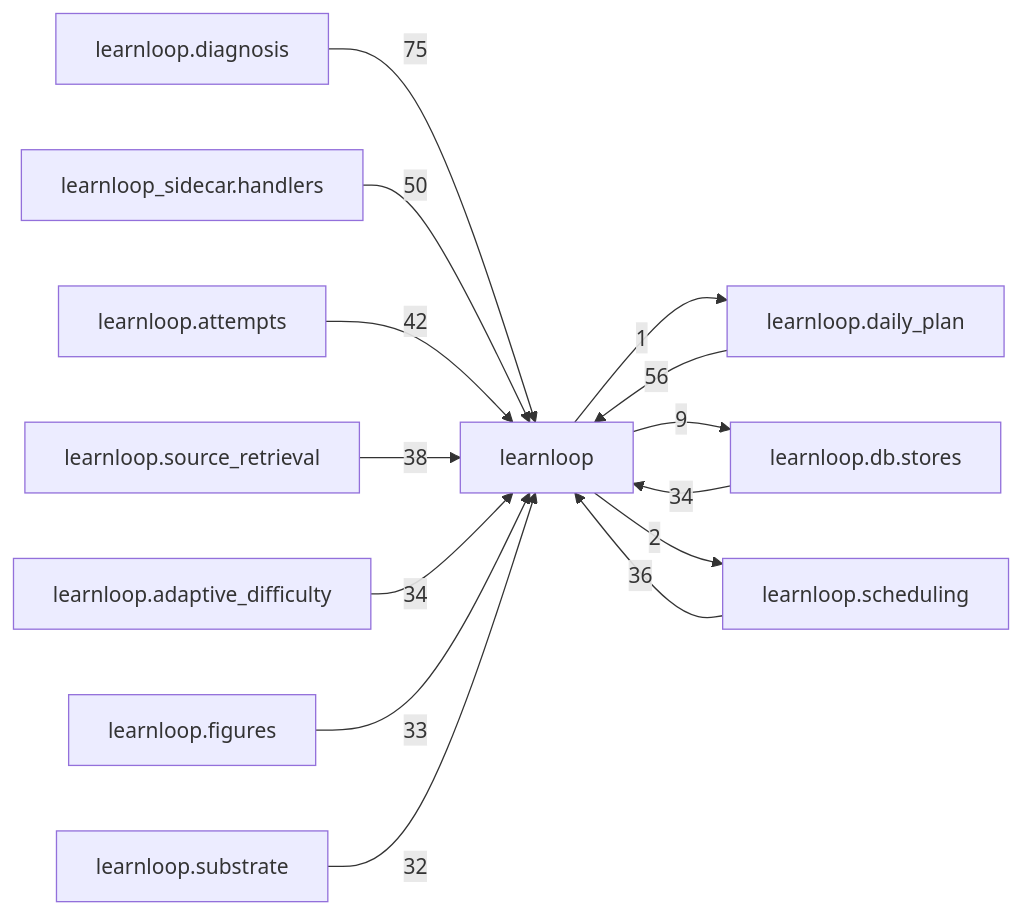
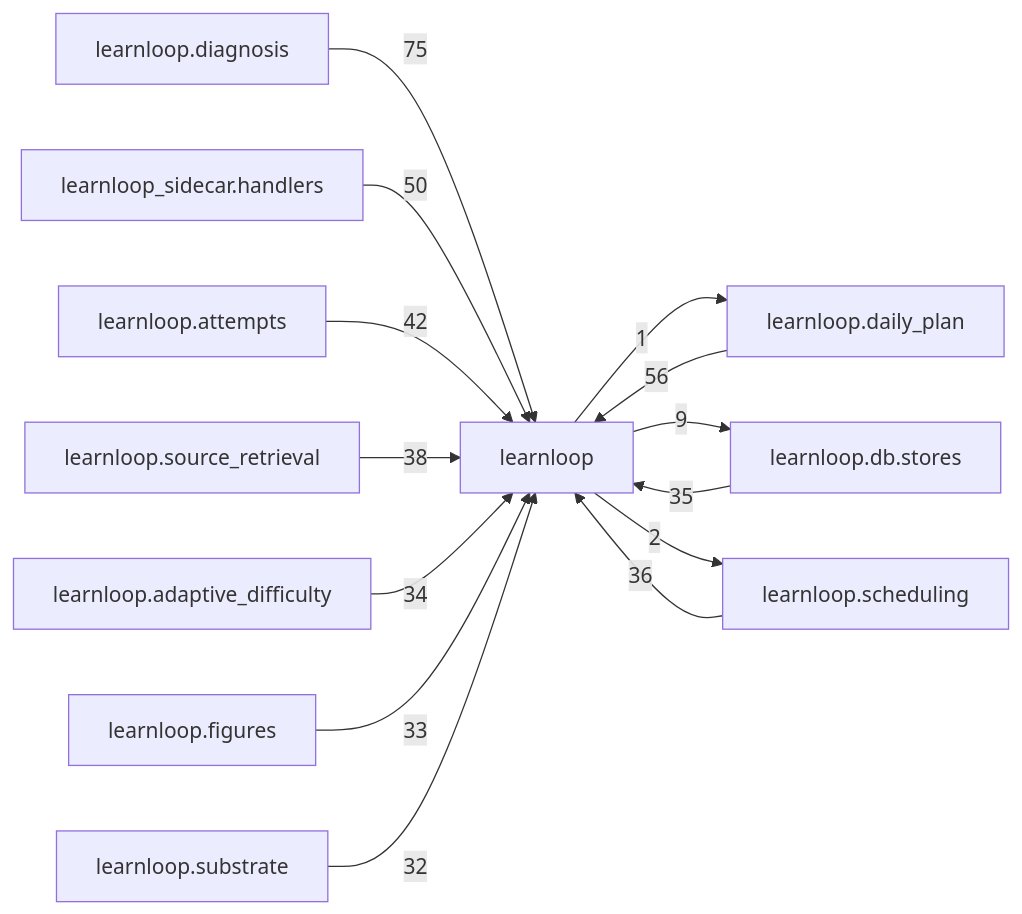
Before and after one commit to 6up-b/learnanything: the diagram in docs/learnloop-architecture-vault/Reference/Modules/learnloop/_package.md, drawn with Mermaid. The commit also changed other lines of this file and 42 other files, not shown here.

````diff
--- a/docs/learnloop-architecture-vault/Reference/Modules/learnloop/_package.md
+++ b/docs/learnloop-architecture-vault/Reference/Modules/learnloop/_package.md
@@ -259,27 +259,27 @@
 ```mermaid
 flowchart LR
     center["learnloop"]
     n_learnloop_diagnosis["learnloop.diagnosis"]
     n_learnloop_daily_plan["learnloop.daily_plan"]
     n_learnloop_sidecar_handlers["learnloop_sidecar.handlers"]
     n_learnloop_db_stores["learnloop.db.stores"]
     n_learnloop_attempts["learnloop.attempts"]
     n_learnloop_scheduling["learnloop.scheduling"]
     n_learnloop_source_retrieval["learnloop.source_retrieval"]
     n_learnloop_adaptive_difficulty["learnloop.adaptive_difficulty"]
     n_learnloop_figures["learnloop.figures"]
     n_learnloop_substrate["learnloop.substrate"]
     n_learnloop_diagnosis -->|75| center
     n_learnloop_daily_plan -->|56| center
     center -->|1| n_learnloop_daily_plan
     n_learnloop_sidecar_handlers -->|50| center
-    n_learnloop_db_stores -->|34| center
+    n_learnloop_db_stores -->|35| center
     center -->|9| n_learnloop_db_stores
     n_learnloop_attempts -->|42| center
     n_learnloop_scheduling -->|36| center
     center -->|2| n_learnloop_scheduling
     n_learnloop_source_retrieval -->|38| center
     n_learnloop_adaptive_difficulty -->|34| center
     n_learnloop_figures -->|33| center
     n_learnloop_substrate -->|32| center
 ```
````
